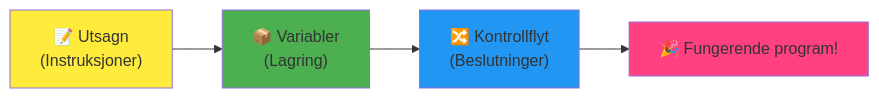
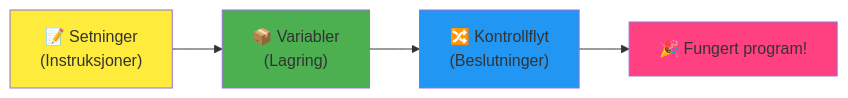
The fourth of 7 diagrams in translations/no/1-getting-started-lessons/1-intro-to-programming-languages/README.md (microsoft/Web-Dev-For-Beginners), drawn with Mermaid before and after one commit. The commit also changed other lines of this file and 11 other files, not shown here.

````diff
--- a/translations/no/1-getting-started-lessons/1-intro-to-programming-languages/README.md
+++ b/translations/no/1-getting-started-lessons/1-intro-to-programming-languages/README.md
@@ -467,9 +467,9 @@
 ```mermaid
 flowchart LR
-    A["📝 Utsagn<br/>(Instruksjoner)"] --> B["📦 Variabler<br/>(Lagring)"] --> C["🔀 Kontrollflyt<br/>(Beslutninger)"] --> D["🎉 Fungerende program!"]
+    A["📝 Setninger<br/>(Instruksjoner)"] --> B["📦 Variabler<br/>(Lagring)"] --> C["🔀 Kontrollflyt<br/>(Beslutninger)"] --> D["🎉 Fungert program!"]
     
     style A fill:#ffeb3b
     style B fill:#4caf50
     style C fill:#2196f3
     style D fill:#ff4081
 ```
````
